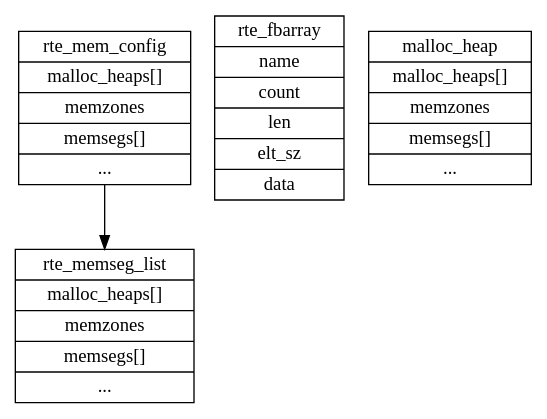
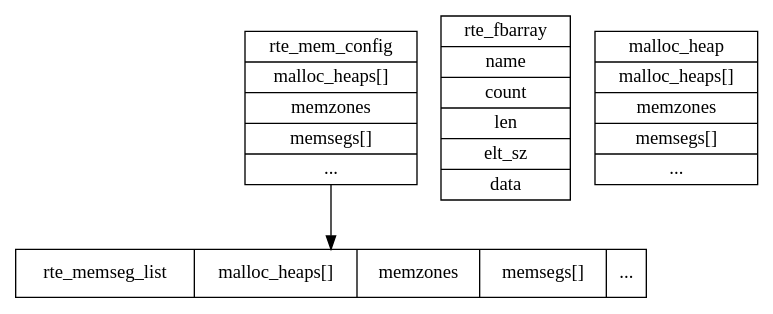
One commit to sisyphus1212/note changed the diagram in dpdk/内存管理.md. Above: the diagram before and after it, drawn with Graphviz.

Commit message:
auto_update

````diff
--- a/dpdk/内存管理.md
+++ b/dpdk/内存管理.md
@@ -16,46 +16,46 @@
 ```graphviz
 digraph {
 	rte_mem_config[
 		label = "{
 		rte_mem_config|
         malloc_heaps[]|
 		memzones|
 		memsegs[]|
 		...
 		}",
 		shape = "record"
 	];
 	rte_fbarray[
 		label = "{
 		rte_fbarray|
         name|
 		count|
 		len|
 		elt_sz|
 		data
 		}",
 		shape = "record"
 	];
 	rte_memseg_list[
-		label = "{
+		label = "
 		<f0>rte_memseg_list|<f1>
         malloc_heaps[]|
 		<f2>memzones|
 		<f3>memsegs[]|
 		<f4>...
-		}",
+		",
 		shape = "record"
 	];
 	malloc_heap[
 		label = "{
 		malloc_heap|
         malloc_heaps[]|
 		memzones|
 		memsegs[]|
 		...
 		}",
 		shape = "record"
 	];
 	rte_mem_config:f0 -> rte_memseg_list
 }
 ```
````
